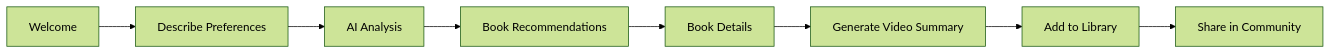
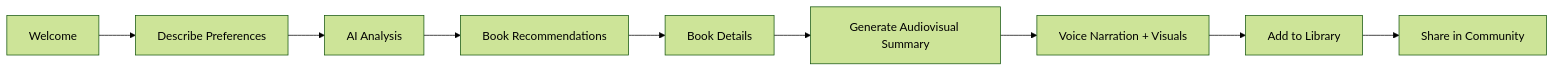
One commit to AksharaaSharmaa/Library_Recommendation_System changed the diagram in README.md. Above: the diagram before and after it, drawn with Mermaid (forest theme). The commit also changed other lines of this file, not shown here.

````diff
--- a/README.md
+++ b/README.md
@@ -212,10 +228,11 @@
 ```mermaid
 graph LR
     A[Welcome] --> B[Describe Preferences]
     B --> C[AI Analysis]
     C --> D[Book Recommendations]
     D --> E[Book Details]
-    E --> F[Generate Video Summary]
-    F --> G[Add to Library]
-    G --> H[Share in Community]
+    E --> F[Generate Audiovisual Summary]
+    F --> G[Voice Narration + Visuals]
+    G --> H[Add to Library]
+    H --> I[Share in Community]
 ```
````
